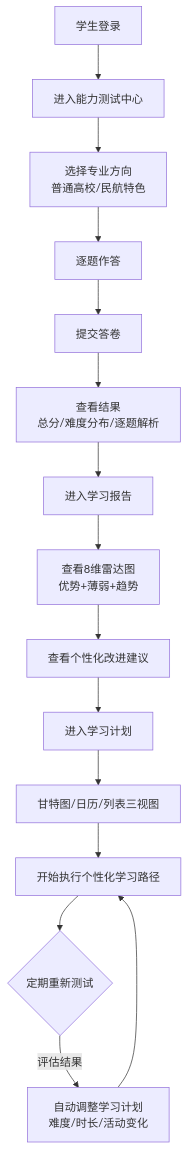
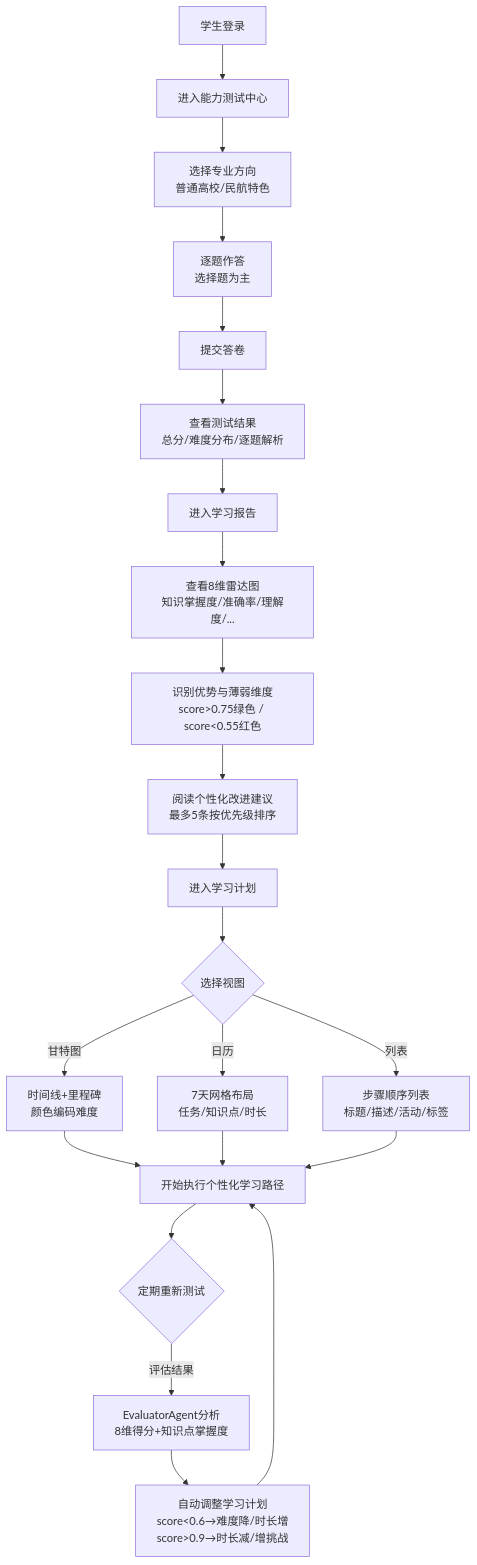
The first of 5 diagrams in docs/A3_user_journey_maps.md (lakeart/DaMo-ZhiXue), drawn with Mermaid before and after one commit. The commit also changed other lines of this file and 8 other files, not shown here.

Commit message:
docs: 核心参赛文档深度完善至v3.0 - 创新说明书/测试说明书/用户手册/用户旅程地图/开源声明/文档清单/README全面增强

````diff
--- a/docs/A3_user_journey_maps.md
+++ b/docs/A3_user_journey_maps.md
@@ -13,17 +13,22 @@
 ```mermaid
 flowchart TD
     A[学生登录] --> B[进入能力测试中心]
     B --> C[选择专业方向<br/>普通高校/民航特色]
-    C --> D[逐题作答]
+    C --> D[逐题作答<br/>选择题为主]
     D --> E[提交答卷]
-    E --> F[查看结果<br/>总分/难度分布/逐题解析]
+    E --> F[查看测试结果<br/>总分/难度分布/逐题解析]
     F --> G[进入学习报告]
-    G --> H[查看8维雷达图<br/>优势+薄弱+趋势]
-    H --> I[查看个性化改进建议]
-    I --> J[进入学习计划]
-    J --> K[甘特图/日历/列表三视图]
-    K --> L[开始执行个性化学习路径]
-    L --> M{定期重新测试}
-    M -->|评估结果| N[自动调整学习计划<br/>难度/时长/活动变化]
-    N --> L
+    G --> H[查看8维雷达图<br/>知识掌握度/准确率/理解度/...]
+    H --> I[识别优势与薄弱维度<br/>score>0.75绿色 / score<0.55红色]
+    I --> J[阅读个性化改进建议<br/>最多5条按优先级排序]
+    J --> K[进入学习计划]
+    K --> L{选择视图}
+    L -->|甘特图| M1[时间线+里程碑<br/>颜色编码难度]
+    L -->|日历| M2[7天网格布局<br/>任务/知识点/时长]
+    L -->|列表| M3[步骤顺序列表<br/>标题/描述/活动/标签]
+    M1 & M2 & M3 --> N[开始执行个性化学习路径]
+    N --> O{定期重新测试}
+    O -->|评估结果| P[EvaluatorAgent分析<br/>8维得分+知识点掌握度]
+    P --> Q[自动调整学习计划<br/>score<0.6→难度降/时长增<br/>score>0.9→时长减/增挑战]
+    Q --> N
 ```
````
